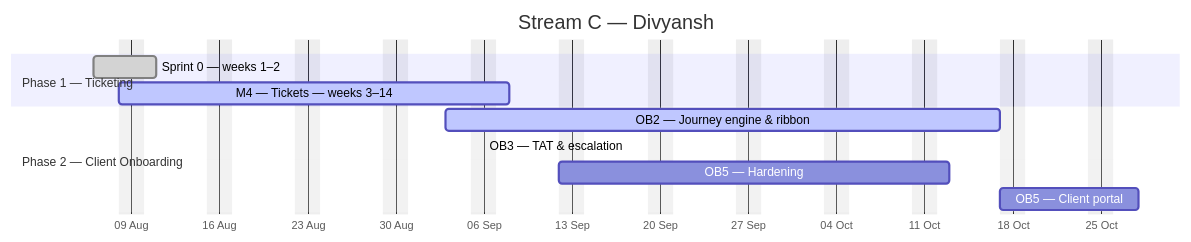
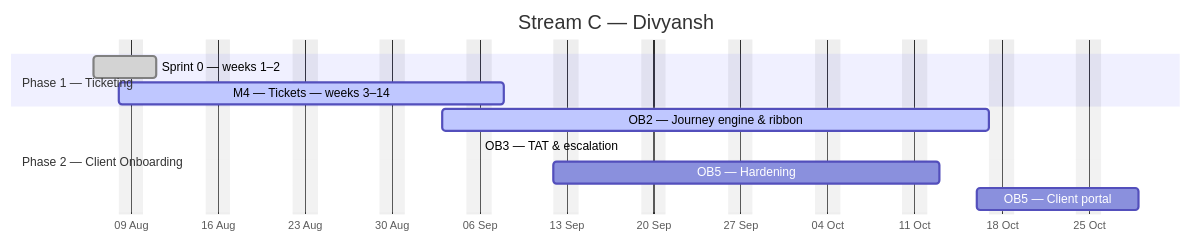
Before and after one commit to debashisedunext/EduTrack: the third of 4 diagrams in docs/plan/GANTT.md, drawn with Mermaid. The commit also changed other lines of this file and 2 other files, not shown here.

````diff
--- a/docs/plan/GANTT.md
+++ b/docs/plan/GANTT.md
@@ -169,15 +169,15 @@
 ```mermaid
 gantt
     dateFormat YYYY-MM-DD
     axisFormat %d %b
     title Stream C — Divyansh
     excludes weekends
     section Phase 1 — Ticketing
     Sprint 0 — weeks 1–2 :done, c0, 2026-08-06, 3d
     M4 — Tickets — weeks 3–14 :active, c1, 2026-08-08, 22d
     section Phase 2 — Client Onboarding
     OB2 — Journey engine & ribbon :active, c2, 2026-09-03, 32d
     OB3 — TAT & escalation :active, c3, 2026-09-06, -34d
     OB5 — Hardening :c4, 2026-09-12, 22d
-    OB5 — Client portal :c5, 2026-10-17, 8d
+    OB5 — Client portal :c5, 2026-10-16, 9d
 ```
````
